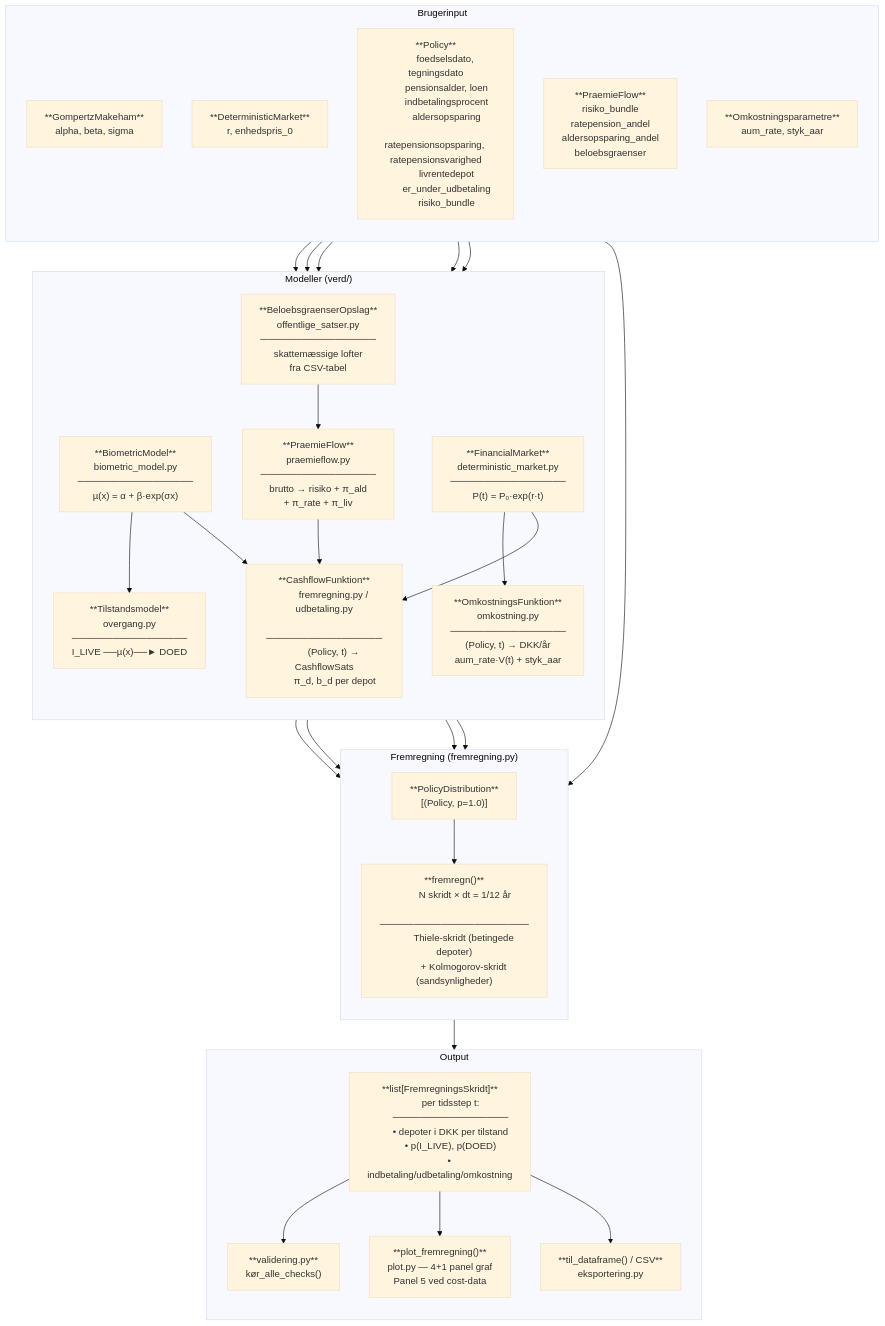
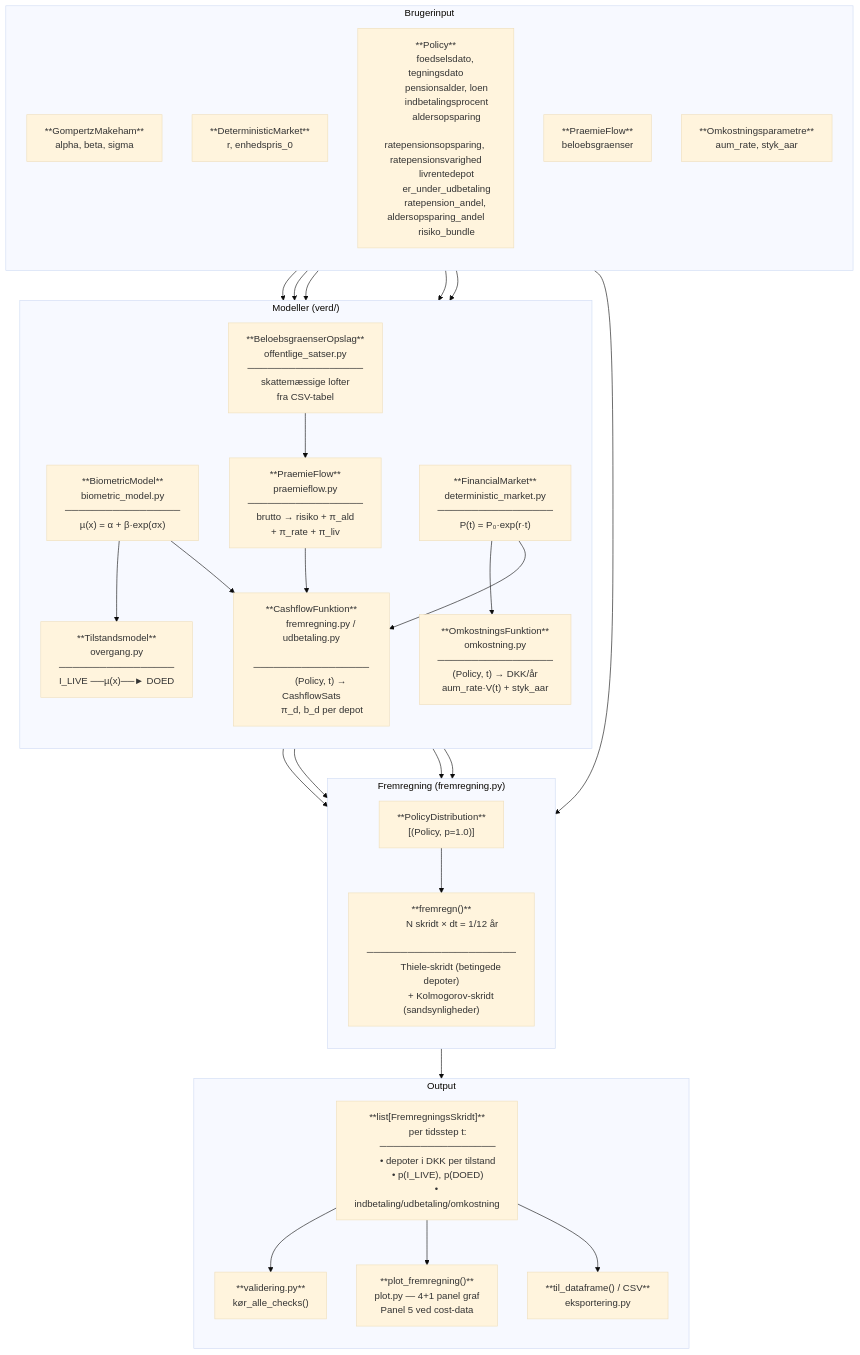
The first of 2 diagrams in DOKUMENTATION.md (Alexlollike/Verd), drawn with Mermaid (base theme) before and after one commit. The commit also changed other lines of this file and 6 other files, not shown here.

```diff
--- a/DOKUMENTATION.md
+++ b/DOKUMENTATION.md
@@ -536,11 +534,9 @@
         ratepensionsopsparing, ratepensionsvarighed
         livrentedepot
         er_under_udbetaling
+        ratepension_andel, aldersopsparing_andel
         risiko_bundle"]
         UI4["**PraemieFlow**
-        risiko_bundle
-        ratepension_andel
-        aldersopsparing_andel
         beloebsgraenser"]
         UI5["**Omkostningsparametre**
         aum_rate, styk_aar"]
```
